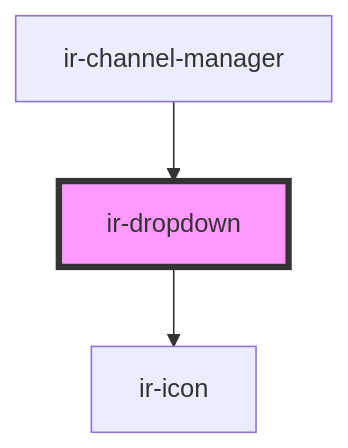
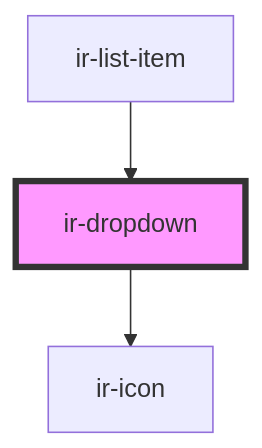
Before and after one commit to freddynasr/ir-webcmp: the diagram in src/components/ir-dropdown/readme.md, drawn with Mermaid. The commit also changed other lines of this file and 13 other files, not shown here.

````diff
--- a/src/components/ir-dropdown/readme.md
+++ b/src/components/ir-dropdown/readme.md
@@ -33,6 +33,6 @@
 ```mermaid
 graph TD;
   ir-dropdown --> ir-icon
-  ir-channel-manager --> ir-dropdown
+  ir-list-item --> ir-dropdown
   style ir-dropdown fill:#f9f,stroke:#333,stroke-width:4px
 ```
````
